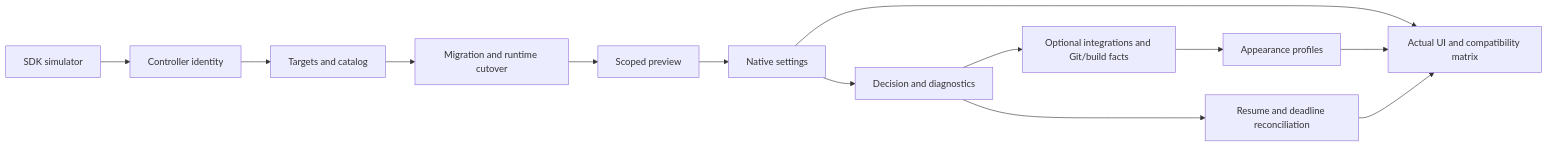
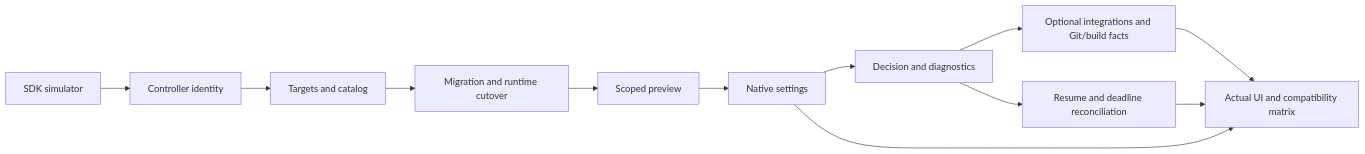
Before and after one commit to dzerik/KGBoard: the diagram in docs/superpowers/plans/2026-11-16-product-evolution.md, drawn with Mermaid. The commit also changed other lines of this file and 69 other files, not shown here.

````diff
--- a/docs/superpowers/plans/2026-11-16-product-evolution.md
+++ b/docs/superpowers/plans/2026-11-16-product-evolution.md
@@ -50,15 +54,14 @@
 ```mermaid
 flowchart LR
     E1[SDK simulator] --> A1[Controller identity]
     A1 --> A2[Targets and catalog]
     A2 --> A3[Migration and runtime cutover]
     A3 --> A4[Scoped preview]
     A4 --> A5[Native settings]
     A5 --> B[Decision and diagnostics]
     B --> C[Optional integrations and Git/build facts]
-    C --> D[Appearance profiles]
+    C --> E3
     B --> E2[Resume and deadline reconciliation]
     A5 --> E3[Actual UI and compatibility matrix]
-    D --> E3
     E2 --> E3
 ```
````
